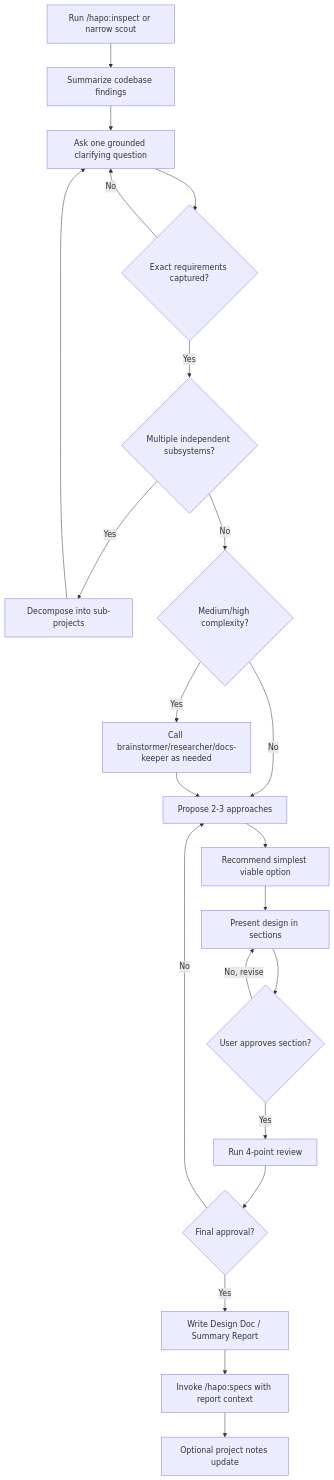
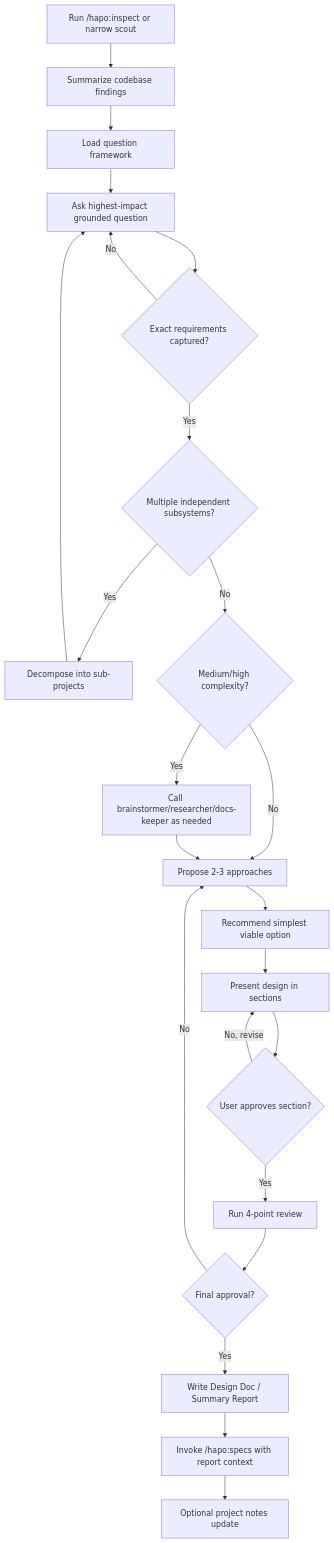
Before and after one commit to hapo-nghialuu/antigravity-kit: the diagram in packages/spec/src/claude/skills/brainstorm/SKILL.md, drawn with Mermaid. The commit also changed other lines of this file and 194 other files, not shown here.

````diff
--- a/packages/spec/src/claude/skills/brainstorm/SKILL.md
+++ b/packages/spec/src/claude/skills/brainstorm/SKILL.md
@@ -74,24 +86,25 @@
 ```mermaid
 flowchart TD
     A["Run /hapo:inspect or narrow scout"] --> B["Summarize codebase findings"]
-    B --> C["Ask one grounded clarifying question"]
-    C --> D{"Exact requirements captured?"}
-    D -->|No| C
+    B --> C["Load question framework"]
+    C --> DQ["Ask highest-impact grounded question"]
+    DQ --> D{"Exact requirements captured?"}
+    D -->|No| DQ
     D -->|Yes| E{"Multiple independent subsystems?"}
     E -->|Yes| F["Decompose into sub-projects"]
-    F --> C
+    F --> DQ
     E -->|No| G{"Medium/high complexity?"}
     G -->|Yes| H["Call brainstormer/researcher/docs-keeper as needed"]
     G -->|No| I["Propose 2-3 approaches"]
     H --> I
     I --> J["Recommend simplest viable option"]
     J --> K["Present design in sections"]
     K --> L{"User approves section?"}
     L -->|No, revise| K
     L -->|Yes| M["Run 4-point review"]
     M --> N{"Final approval?"}
     N -->|No| I
     N -->|Yes| O["Write Design Doc / Summary Report"]
     O --> P["Invoke /hapo:specs with report context"]
     P --> Q["Optional project notes update"]
 ```
````
